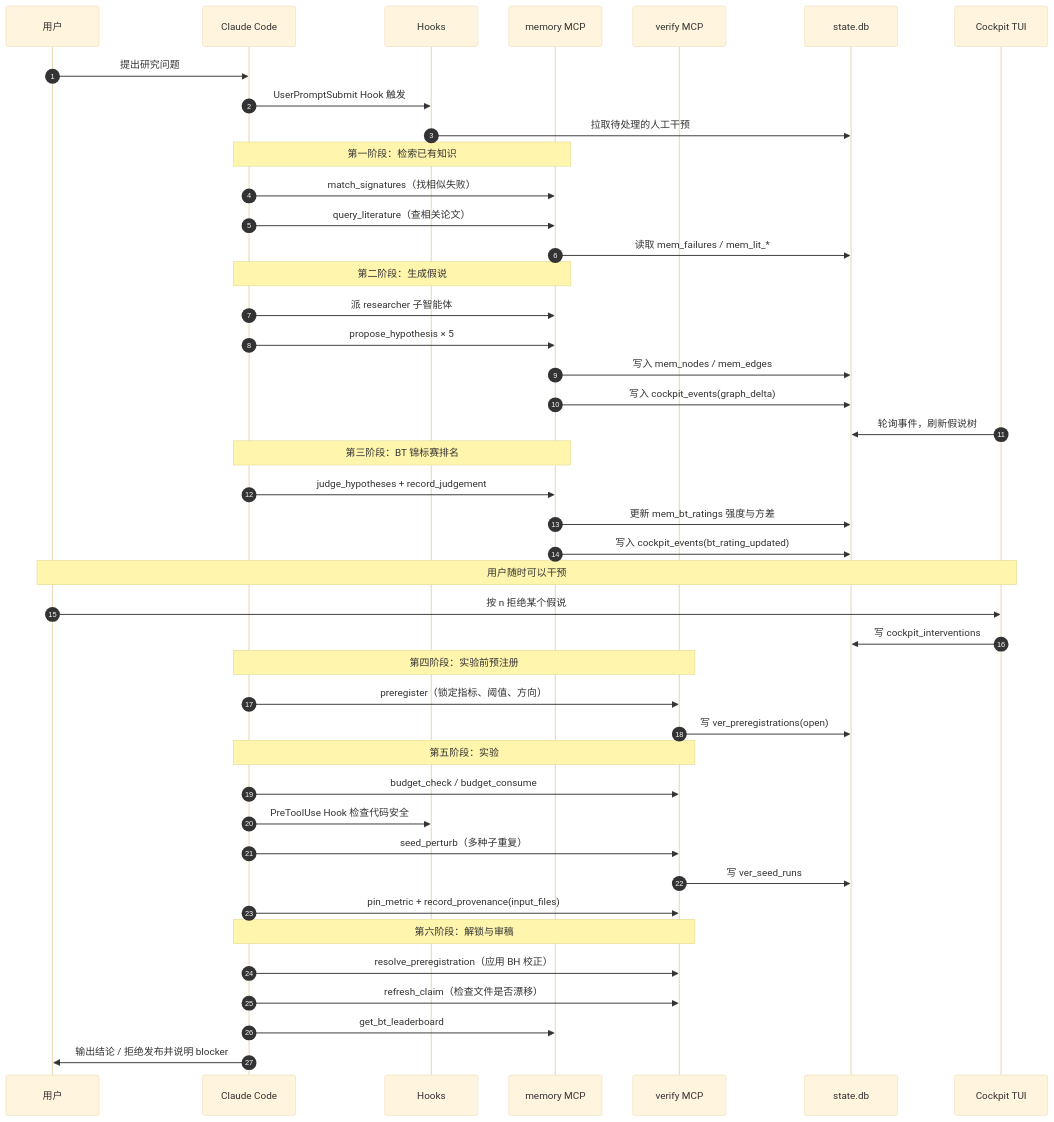
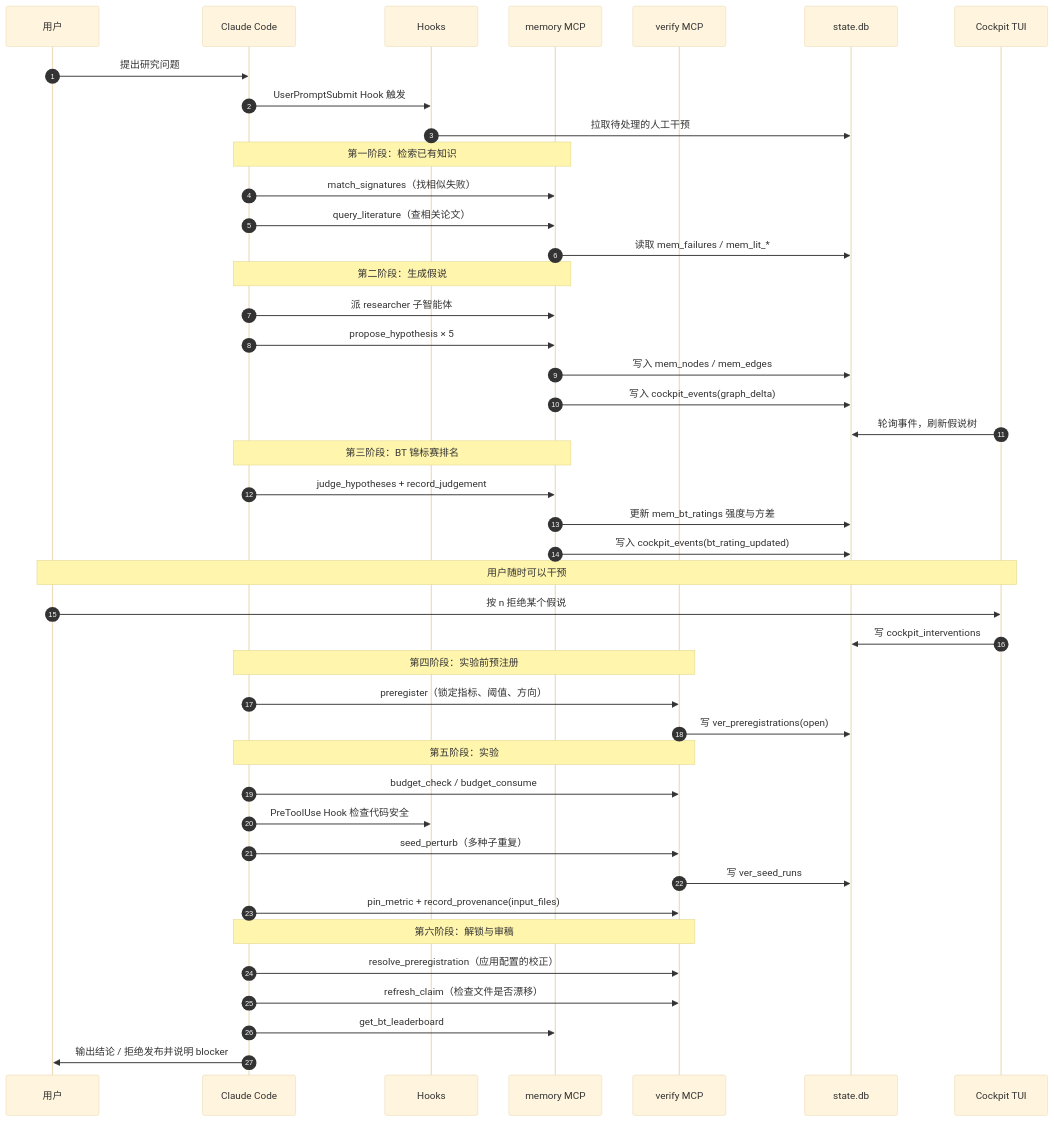
One commit to whenpoem/aiscientist changed the first of 2 diagrams in docs/overview.zh-CN.md. Above: the diagram before and after it, drawn with Mermaid (base theme). The commit also changed 15 other files, not shown here.

````diff
--- a/docs/overview.zh-CN.md
+++ b/docs/overview.zh-CN.md
@@ -52,53 +52,53 @@
 ```mermaid
 sequenceDiagram
   autonumber
   participant U as 用户
   participant C as Claude Code
   participant H as Hooks
   participant M as memory MCP
   participant V as verify MCP
   participant DB as state.db
   participant T as Cockpit TUI
 
   U->>C: 提出研究问题
   C->>H: UserPromptSubmit Hook 触发
   H->>DB: 拉取待处理的人工干预
 
   Note over C,M: 第一阶段：检索已有知识
   C->>M: match_signatures（找相似失败）
   C->>M: query_literature（查相关论文）
   M->>DB: 读取 mem_failures / mem_lit_*
 
   Note over C,M: 第二阶段：生成假说
   C->>M: 派 researcher 子智能体
   C->>M: propose_hypothesis × 5
   M->>DB: 写入 mem_nodes / mem_edges
   M->>DB: 写入 cockpit_events(graph_delta)
   T->>DB: 轮询事件，刷新假说树
 
   Note over C,M: 第三阶段：BT 锦标赛排名
   C->>M: judge_hypotheses + record_judgement
   M->>DB: 更新 mem_bt_ratings 强度与方差
   M->>DB: 写入 cockpit_events(bt_rating_updated)
 
   Note over U,T: 用户随时可以干预
   U->>T: 按 n 拒绝某个假说
   T->>DB: 写 cockpit_interventions
 
   Note over C,V: 第四阶段：实验前预注册
   C->>V: preregister（锁定指标、阈值、方向）
   V->>DB: 写 ver_preregistrations(open)
 
   Note over C,V: 第五阶段：实验
   C->>V: budget_check / budget_consume
   C->>H: PreToolUse Hook 检查代码安全
   C->>V: seed_perturb（多种子重复）
   V->>DB: 写 ver_seed_runs
   C->>V: pin_metric + record_provenance(input_files)
 
   Note over C,V: 第六阶段：解锁与审稿
-  C->>V: resolve_preregistration（应用 BH 校正）
+  C->>V: resolve_preregistration（应用配置的校正）
   C->>V: refresh_claim（检查文件是否漂移）
   C->>M: get_bt_leaderboard
   C->>U: 输出结论 / 拒绝发布并说明 blocker
 ```
````
